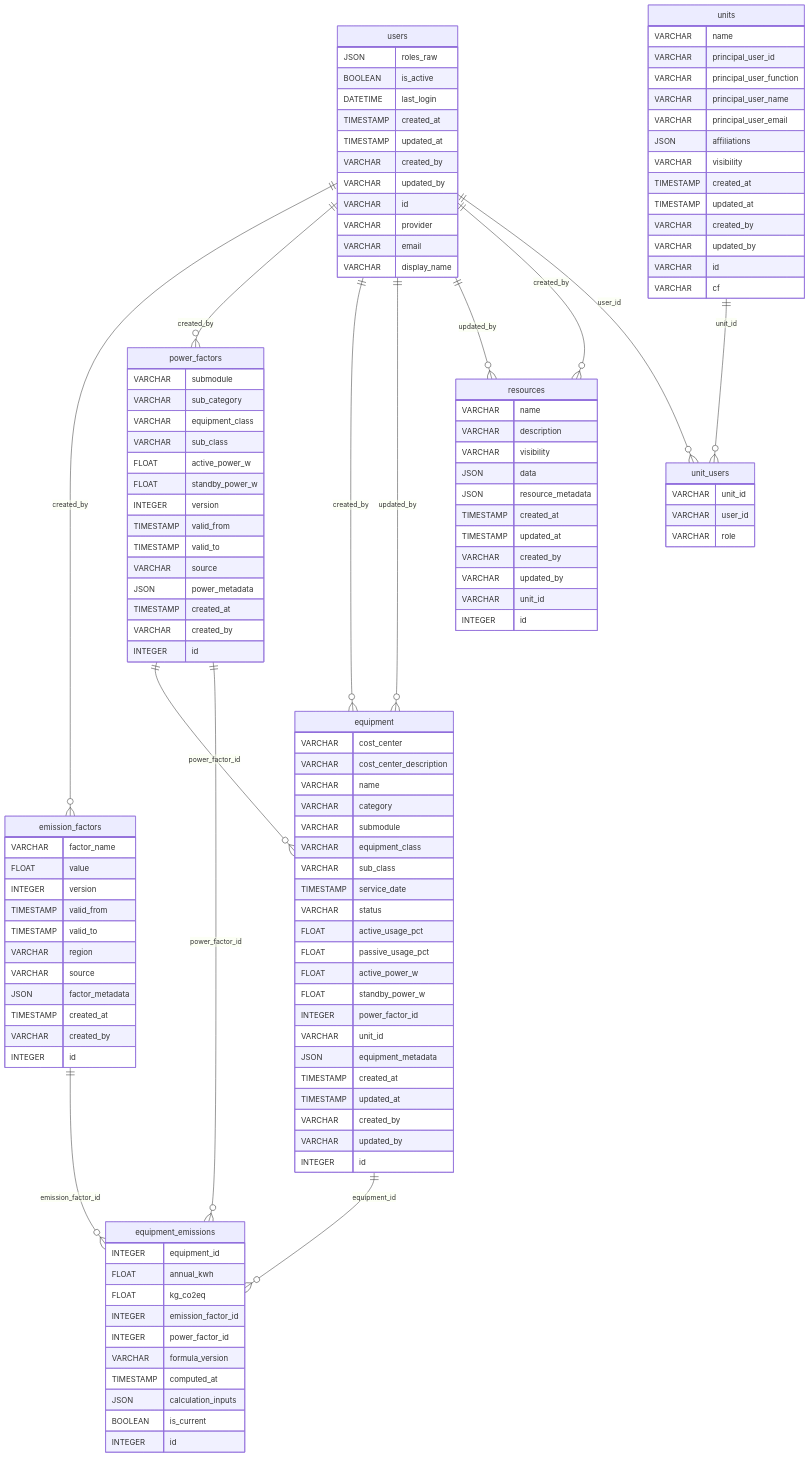
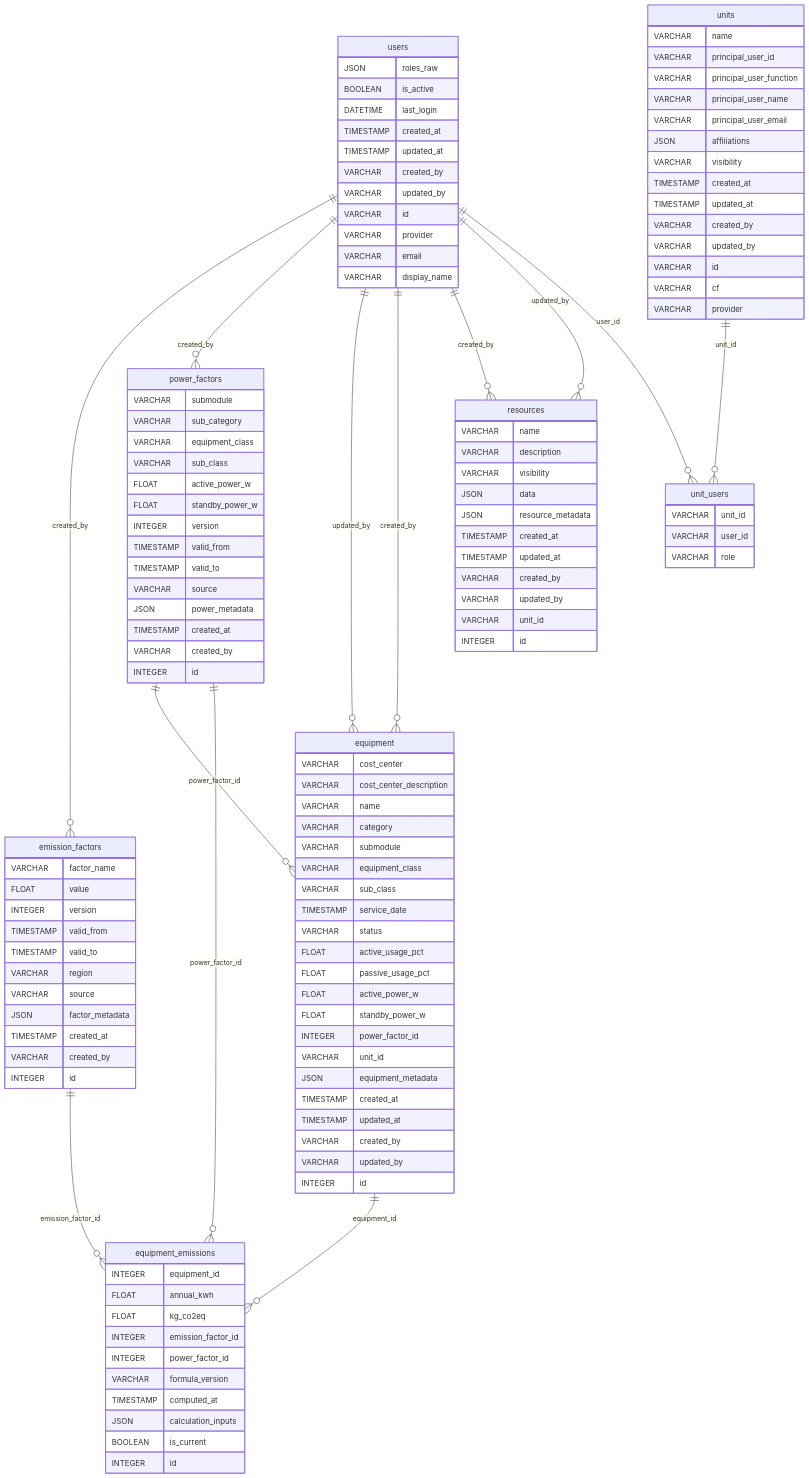
Before and after one commit to EPFL-ENAC/co2-calculator: the diagram in docs/src/database/erd.md, drawn with Mermaid. The commit also changed 6 other files, not shown here.

````diff
--- a/docs/src/database/erd.md
+++ b/docs/src/database/erd.md
@@ -92,6 +92,7 @@
     VARCHAR updated_by
     VARCHAR id
     VARCHAR cf
+    VARCHAR provider
   }
   unit_users {
     VARCHAR unit_id
@@ -113,14 +114,14 @@
   }
   users ||--}o emission_factors : created_by
   users ||--}o power_factors : created_by
-  users ||--}o equipment : created_by
   users ||--}o equipment : updated_by
   power_factors ||--}o equipment : power_factor_id
-  emission_factors ||--}o equipment_emissions : emission_factor_id
+  users ||--}o equipment : created_by
   equipment ||--}o equipment_emissions : equipment_id
   power_factors ||--}o equipment_emissions : power_factor_id
+  emission_factors ||--}o equipment_emissions : emission_factor_id
+  users ||--}o resources : created_by
   users ||--}o resources : updated_by
-  users ||--}o resources : created_by
   users ||--}o unit_users : user_id
   units ||--}o unit_users : unit_id
 ```
````
